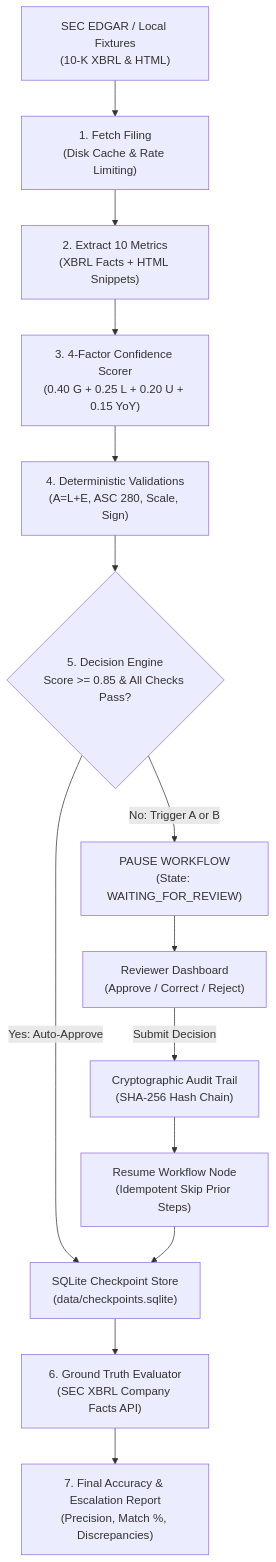
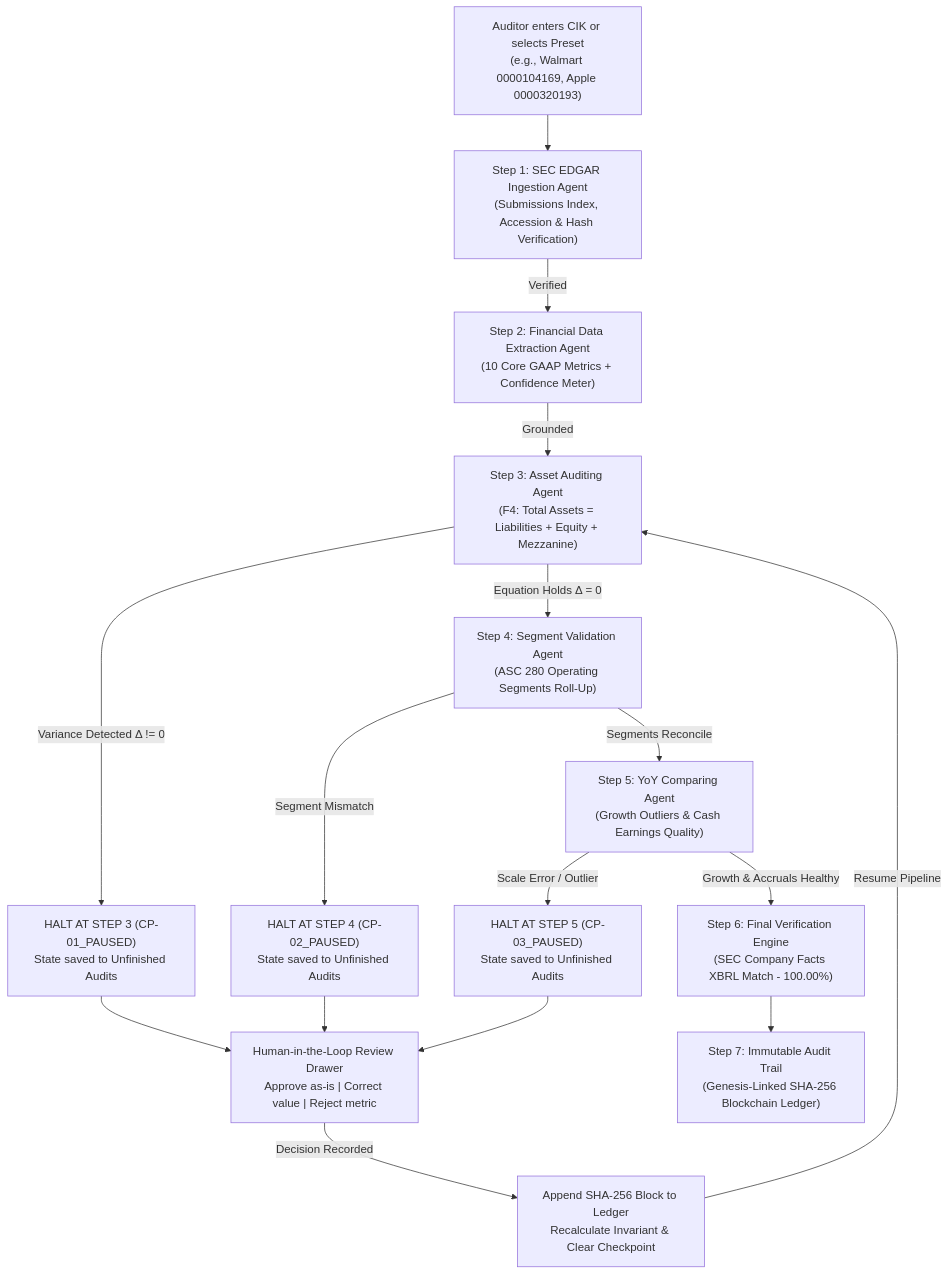
Before and after one commit to Melwin-2007/V.A.U.L.T: the diagram in readme.md, drawn with Mermaid. The commit also changed other lines of this file and 1 other file, not shown here.

Commit message:
feat: add web UI interface and static frontend assets for SEC 10-K auditor

````diff
--- a/readme.md
+++ b/readme.md
@@ -21,19 +25,21 @@
 ```mermaid
 flowchart TD
-    A["SEC EDGAR / Local Fixtures<br/>(10-K XBRL & HTML)"] --> B["1. Fetch Filing<br/>(Disk Cache & Rate Limiting)"]
-    B --> C["2. Extract 10 Metrics<br/>(XBRL Facts + HTML Snippets)"]
-    C --> D["3. 4-Factor Confidence Scorer<br/>(0.40 G + 0.25 L + 0.20 U + 0.15 YoY)"]
-    D --> E["4. Deterministic Validations<br/>(A=L+E, ASC 280, Scale, Sign)"]
-    E --> F{"5. Decision Engine<br/>Score >= 0.85 & All Checks Pass?"}
+    A["Auditor enters CIK or selects Preset<br/>(e.g., Walmart 0000104169, Apple 0000320193)"] --> B["Step 1: SEC EDGAR Ingestion Agent<br/>(Submissions Index, Accession & Hash Verification)"]
+    B -->|Verified| C["Step 2: Financial Data Extraction Agent<br/>(10 Core GAAP Metrics + Confidence Meter)"]
+    C -->|Grounded| D["Step 3: Asset Auditing Agent<br/>(F4: Total Assets = Liabilities + Equity + Mezzanine)"]
     
-    F -->|Yes: Auto-Approve| I["SQLite Checkpoint Store<br/>(data/checkpoints.sqlite)"]
-    F -->|No: Trigger A or B| G["PAUSE WORKFLOW<br/>(State: WAITING_FOR_REVIEW)"]
+    D -->|Equation Holds Δ = 0| E["Step 4: Segment Validation Agent<br/>(ASC 280 Operating Segments Roll-Up)"]
+    D -->|Variance Detected Δ != 0| H["HALT AT STEP 3 (CP-01_PAUSED)<br/>State saved to Unfinished Audits"]
     
-    G --> H["Reviewer Dashboard<br/>(Approve / Correct / Reject)"]
-    H -->|Submit Decision| J["Cryptographic Audit Trail<br/>(SHA-256 Hash Chain)"]
-    J --> K["Resume Workflow Node<br/>(Idempotent Skip Prior Steps)"]
-    K --> I
+    E -->|Segments Reconcile| F["Step 5: YoY Comparing Agent<br/>(Growth Outliers & Cash Earnings Quality)"]
+    E -->|Segment Mismatch| I["HALT AT STEP 4 (CP-02_PAUSED)<br/>State saved to Unfinished Audits"]
     
-    I --> L["6. Ground Truth Evaluator<br/>(SEC XBRL Company Facts API)"]
-    L --> M["7. Final Accuracy & Escalation Report<br/>(Precision, Match %, Discrepancies)"]
+    F -->|Growth & Accruals Healthy| G["Step 6: Final Verification Engine<br/>(SEC Company Facts XBRL Match - 100.00%)"]
+    F -->|Scale Error / Outlier| J["HALT AT STEP 5 (CP-03_PAUSED)<br/>State saved to Unfinished Audits"]
+    
+    H & I & J --> K["Human-in-the-Loop Review Drawer<br/>Approve as-is | Correct value | Reject metric"]
+    K -->|Decision Recorded| L["Append SHA-256 Block to Ledger<br/>Recalculate Invariant & Clear Checkpoint"]
+    L -->|Resume Pipeline| D
+    
+    G --> M["Step 7: Immutable Audit Trail<br/>(Genesis-Linked SHA-256 Blockchain Ledger)"]
 ```
````
